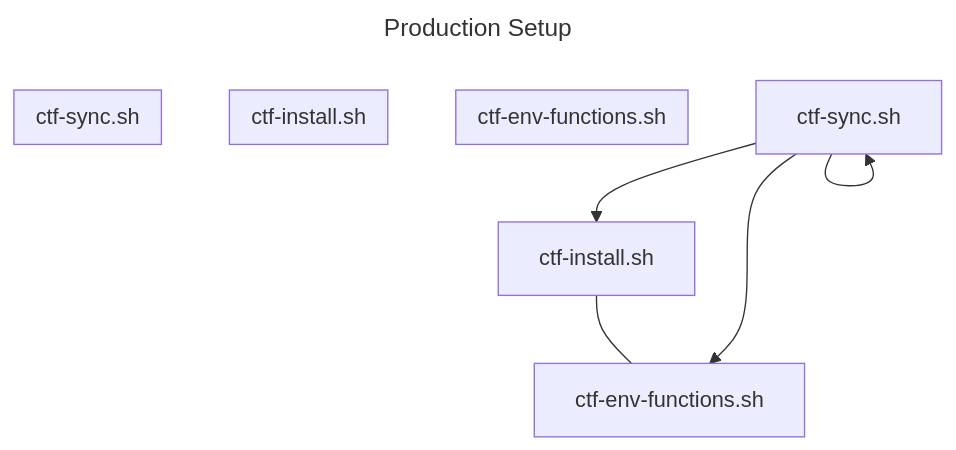
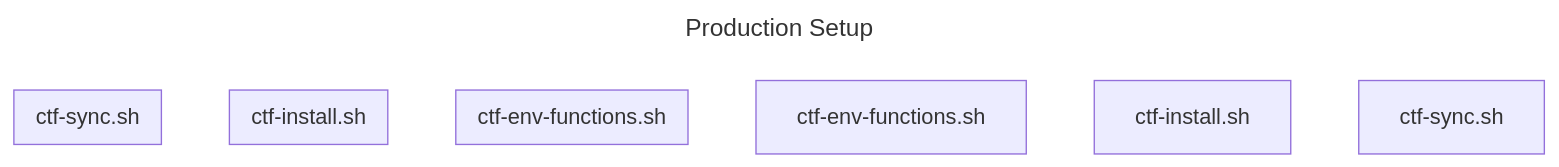
One commit to Ghost-Glitch04/CTF_Public changed the diagram in diagrams/setup.mermaid. Above: the diagram before and after it, drawn with Mermaid. The commit also changed 1 other file, not shown here.

Commit message:
ctf-sync.sh ctf-sync.sh — 2 changes Integration Fix 4 — Deploy step added (new Step 4, summary renumbered to Step 5) After the chmod step, ctf-sync now copies $INSTALL_DIR/setup/ctf-env-functions.sh to $_CTF_HOME/.ctf_env and prints a source ~/.ctf_env reminder. The deploy is conditional — if the source file is missing for any reason it warns and continues rather than failing the whole sync. The summary block gains an Env: line showing the deployed path. Detection chain comment updated Matching maintenance warning added to the INSTALL DIR RESOLUTION block noting that this chain must be kept in sync with ctf-install.sh.

```diff
--- a/diagrams/setup.mermaid
+++ b/diagrams/setup.mermaid
@@ -1,42 +1,45 @@
 ---
 title: Production Setup
 ---
 
 flowchart TD
-	%% Node Definitions
+	%% Node Definitions - Scripts
 	Node1@{ shape: rect, label: "ctf-env-functions.sh" }
 	Node2@{ shape: rect, label: "ctf-install.sh" }
 	Node3@{ shape: rect, label: "ctf-sync.sh" }
+
+    %% Node Definitions - Functions
+
+	%% Node Definitions - Variables
+
+	
+
 
 	%% Shape Guidelines
 	%% - Rectangles (rect) for scripts
 	%% - Line-Rect (lin-rect) for functions
 	%% - Bow-Rectangles (bow-rect0) for script level variables
 	%% - Curved Trapezoid (curve-trap) for function level variables
 	%% - Parallelograms (parallelogram) for inputs/outputs
 	%% - Cylinders (cylinder) for databases/storage
 	%% - Hexagons (hexagon) for processes/operations
 	%% - Diamonds (diamond) for decision points
 	%% - Ovals (oval) for start points
 	%% - Double Circle (doublecircle) for end points
     %% - Doc (doc) for file names
 	%% - Stadium (Stadium) for start points.
 
 
 
 
-	%% Connection Definitions
-	Node2 --- Node1
-	Node3 --> Node1 & Node2 & Node3
-
 	%% Subgraph - Script: ctf-env-functions.sh
 	subgraph ctf-env-functions.sh [ctf-env-functions.sh]
 	end
 
 	%% Subgraph - Script: ctf-install.sh
 	subgraph ctf-install.sh [ctf-install.sh]
 	end
 
 	%% Subgraph - Script: ctf-sync.sh
 	subgraph ctf-sync.sh [ctf-sync.sh]
 	end
```
